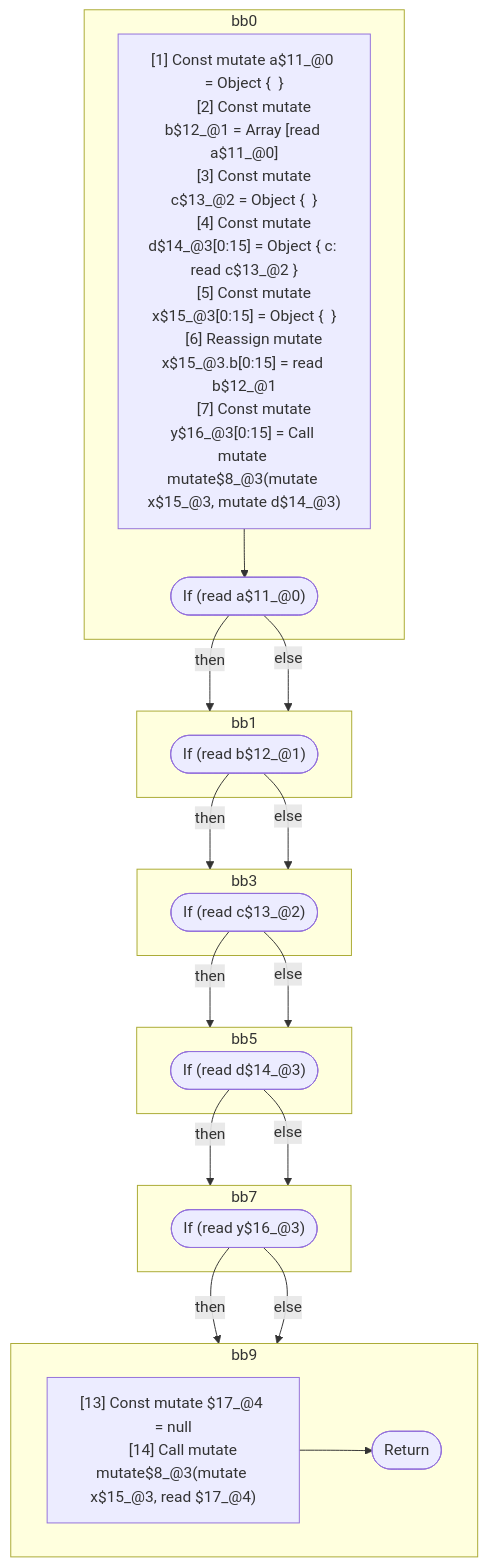
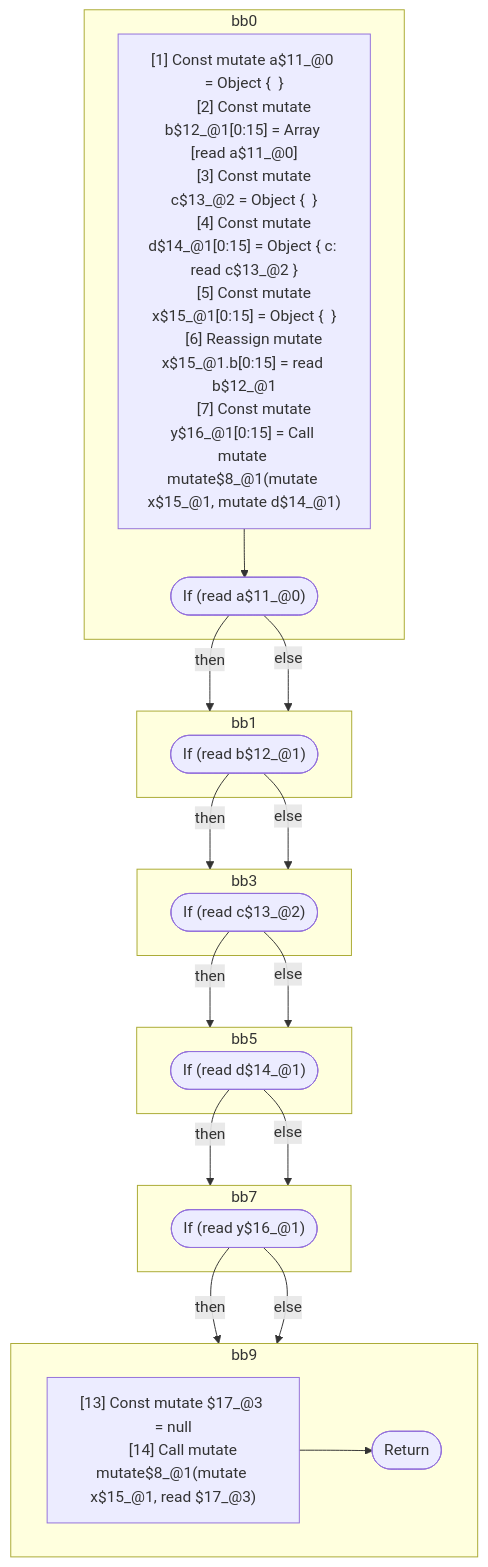
Before and after one commit to wutsmog/private: the second of 2 diagrams in compiler/forget/src/__tests__/fixtures/hir/mutable-lifetime-with-aliasing.expect.md, drawn with Mermaid. The commit also changed other lines of this file and 4 other files, not shown here.

````diff
--- a/compiler/forget/src/__tests__/fixtures/hir/mutable-lifetime-with-aliasing.expect.md
+++ b/compiler/forget/src/__tests__/fixtures/hir/mutable-lifetime-with-aliasing.expect.md
@@ -100,48 +99,48 @@
 ```mermaid
 flowchart TB
   %% Basic Blocks
   subgraph bb0
     bb0_instrs["
       [1] Const mutate a$11_@0 = Object {  }
-      [2] Const mutate b$12_@1 = Array [read a$11_@0]
+      [2] Const mutate b$12_@1[0:15] = Array [read a$11_@0]
       [3] Const mutate c$13_@2 = Object {  }
-      [4] Const mutate d$14_@3[0:15] = Object { c: read c$13_@2 }
-      [5] Const mutate x$15_@3[0:15] = Object {  }
-      [6] Reassign mutate x$15_@3.b[0:15] = read b$12_@1
-      [7] Const mutate y$16_@3[0:15] = Call mutate mutate$8_@3(mutate x$15_@3, mutate d$14_@3)
+      [4] Const mutate d$14_@1[0:15] = Object { c: read c$13_@2 }
+      [5] Const mutate x$15_@1[0:15] = Object {  }
+      [6] Reassign mutate x$15_@1.b[0:15] = read b$12_@1
+      [7] Const mutate y$16_@1[0:15] = Call mutate mutate$8_@1(mutate x$15_@1, mutate d$14_@1)
     "]
     bb0_instrs --> bb0_terminal(["If (read a$11_@0)"])
   end
   subgraph bb1
     bb1_terminal(["If (read b$12_@1)"])
   end
   subgraph bb3
     bb3_terminal(["If (read c$13_@2)"])
   end
   subgraph bb5
-    bb5_terminal(["If (read d$14_@3)"])
+    bb5_terminal(["If (read d$14_@1)"])
   end
   subgraph bb7
-    bb7_terminal(["If (read y$16_@3)"])
+    bb7_terminal(["If (read y$16_@1)"])
   end
   subgraph bb9
     bb9_instrs["
-      [13] Const mutate $17_@4 = null
-      [14] Call mutate mutate$8_@3(mutate x$15_@3, read $17_@4)
+      [13] Const mutate $17_@3 = null
+      [14] Call mutate mutate$8_@1(mutate x$15_@1, read $17_@3)
     "]
     bb9_instrs --> bb9_terminal(["Return"])
   end
 
   %% Jumps
   bb0_terminal -- "then" --> bb1
   bb0_terminal -- "else" --> bb1
   bb1_terminal -- "then" --> bb3
   bb1_terminal -- "else" --> bb3
   bb3_terminal -- "then" --> bb5
   bb3_terminal -- "else" --> bb5
   bb5_terminal -- "then" --> bb7
   bb5_terminal -- "else" --> bb7
   bb7_terminal -- "then" --> bb9
   bb7_terminal -- "else" --> bb9
 
 ```
````
